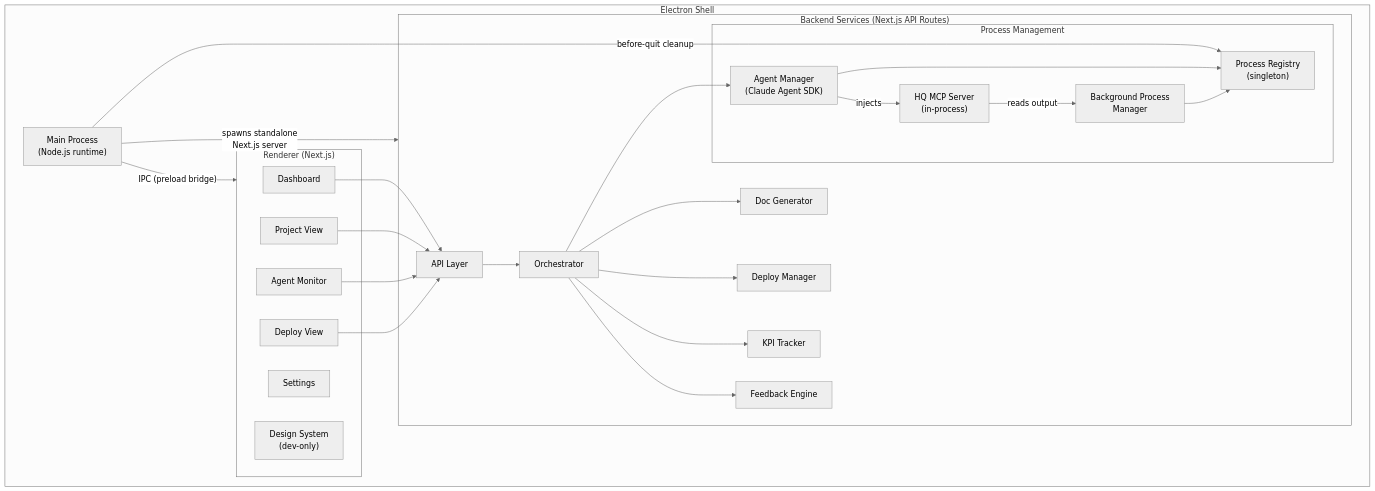
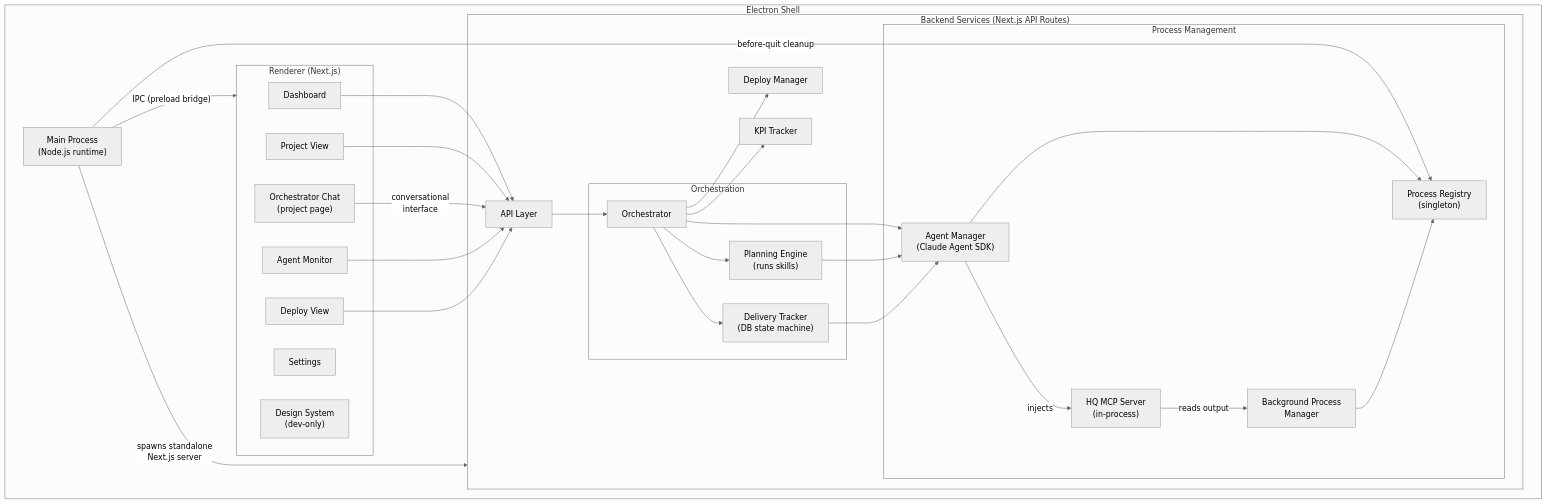
One commit to operator-auteng-ai/hq changed the third of 5 diagrams in docs/ARCH.md. Above: the diagram before and after it, drawn with Mermaid (neutral theme). The commit also changed other lines of this file and 1 other file, not shown here.

````diff
--- a/docs/ARCH.md
+++ b/docs/ARCH.md
@@ -40,46 +80,52 @@
 ```mermaid
 graph TB
     subgraph Electron["Electron Shell"]
         Main["Main Process<br/>(Node.js runtime)"]
         subgraph Renderer["Renderer (Next.js)"]
             Dashboard["Dashboard"]
             ProjectView["Project View"]
+            OrchestratorChat["Orchestrator Chat<br/>(project page)"]
             AgentMonitor["Agent Monitor"]
             DeployView["Deploy View"]
             Settings["Settings"]
             DesignSystem["Design System<br/>(dev-only)"]
         end
         subgraph Backend["Backend Services (Next.js API Routes)"]
             API["API Layer"]
-            Orchestrator["Orchestrator"]
+            subgraph OrchLayer["Orchestration"]
+                Orchestrator["Orchestrator"]
+                PlanningEngine["Planning Engine<br/>(runs skills)"]
+                DeliveryTracker["Delivery Tracker<br/>(DB state machine)"]
+            end
             subgraph ProcessLayer["Process Management"]
                 ProcessRegistry["Process Registry<br/>(singleton)"]
                 AgentManager["Agent Manager<br/>(Claude Agent SDK)"]
                 BgProcessManager["Background Process<br/>Manager"]
                 HqMcp["HQ MCP Server<br/>(in-process)"]
             end
-            DocGenerator["Doc Generator"]
             DeployManager["Deploy Manager"]
             KPITracker["KPI Tracker"]
-            FeedbackEngine["Feedback Engine"]
         end
     end
 
     Main -->|"IPC (preload bridge)"| Renderer
     Main -->|"spawns standalone<br/>Next.js server"| Backend
     Main -->|"before-quit cleanup"| ProcessRegistry
     Dashboard --> API
     ProjectView --> API
+    OrchestratorChat -->|"conversational<br/>interface"| API
     AgentMonitor --> API
     DeployView --> API
     API --> Orchestrator
+    Orchestrator --> PlanningEngine
+    Orchestrator --> DeliveryTracker
     Orchestrator --> AgentManager
-    Orchestrator --> DocGenerator
     Orchestrator --> DeployManager
     Orchestrator --> KPITracker
-    Orchestrator --> FeedbackEngine
+    PlanningEngine --> AgentManager
+    DeliveryTracker --> AgentManager
     AgentManager --> ProcessRegistry
     BgProcessManager --> ProcessRegistry
     AgentManager -->|"injects"| HqMcp
     HqMcp -->|"reads output"| BgProcessManager
 ```
````
